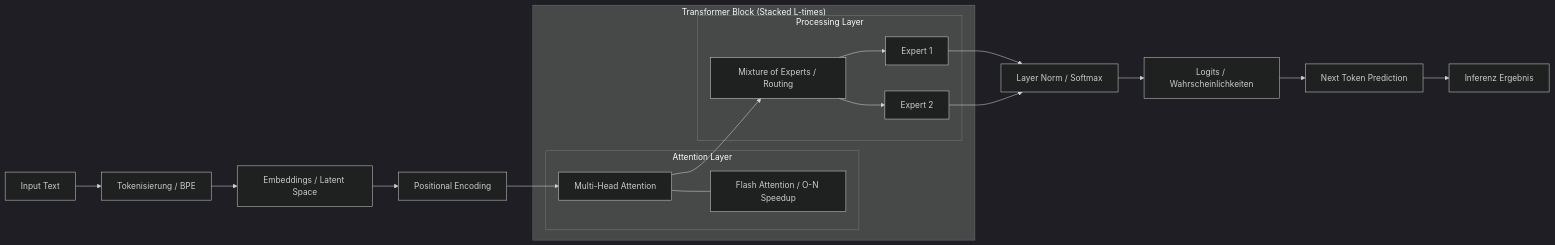
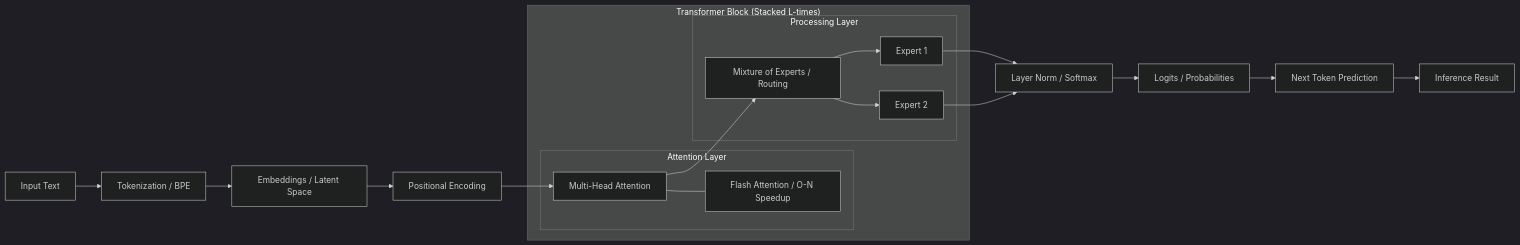
Before and after one commit to roger-infanger-weibel/ghostwriter.ai: the ninth of 19 diagrams in glossary/rendered/AI-Glossary.md, drawn with Mermaid (dark theme). The commit also changed other lines of this file and 24 other files, not shown here.

````diff
--- a/glossary/rendered/AI-Glossary.md
+++ b/glossary/rendered/AI-Glossary.md
@@ -290,32 +290,32 @@
 ```mermaid
 graph LR
-    Input[Input Text] --> Tok[Tokenisierung / BPE]
+    Input[Input Text] --> Tok[Tokenization / BPE]
     Tok --> Emb[Embeddings / Latent Space]
     Emb --> PE[Positional Encoding]
-    
+
     subgraph "Transformer Block (Stacked L-times)"
         subgraph "Attention Layer"
             Att[Multi-Head Attention]
             FA[Flash Attention / O-N Speedup]
             Att --- FA
         end
-        
+
         subgraph "Processing Layer"
             MoE[Mixture of Experts / Routing]
             Expert1[Expert 1]
             Expert2[Expert 2]
             MoE --> Expert1
             MoE --> Expert2
         end
-        
+
         Att --> MoE
     end
-    
+
     PE --> Att
     Expert1 --> Norm[Layer Norm / Softmax]
     Expert2 --> Norm
-    
-    Norm --> Logits[Logits / Wahrscheinlichkeiten]
+
+    Norm --> Logits[Logits / Probabilities]
     Logits --> NTP[Next Token Prediction]
-    NTP --> Output[Inferenz Ergebnis]
+    NTP --> Output[Inference Result]
 ```
````
